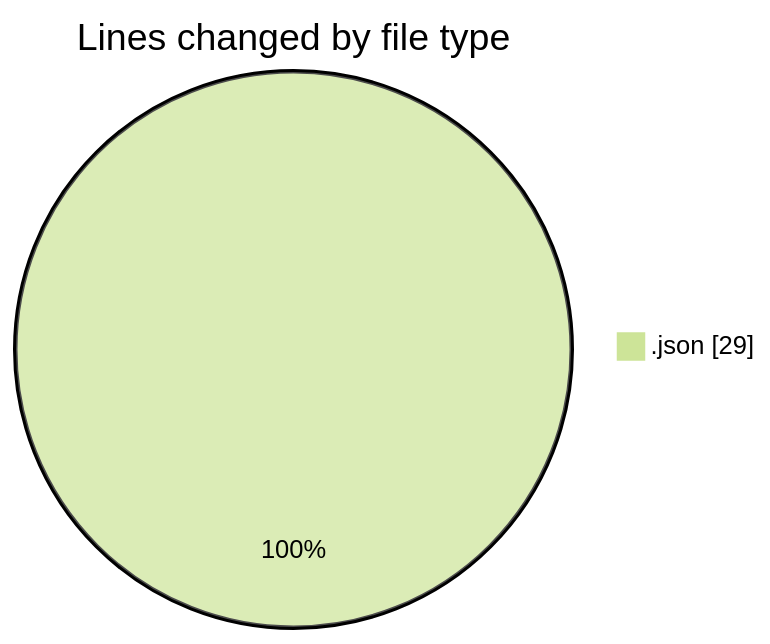
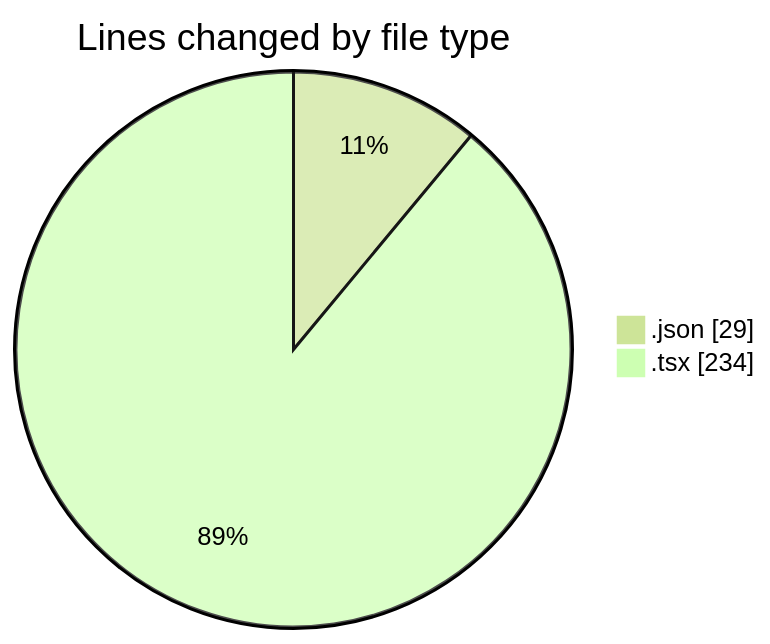
The first of 2 diagrams in 2025-06-09/cda/README.md (momahboobian/code-tracking), drawn with Mermaid (forest theme) before and after one commit. The commit also changed other lines of this file and 1 other file, not shown here.

````diff
--- a/2025-06-09/cda/README.md
+++ b/2025-06-09/cda/README.md
@@ -20,5 +21,6 @@
 ```mermaid
 pie showData
 title Lines changed by file type
 ".json" : 29
+".tsx" : 234
 ```
````
